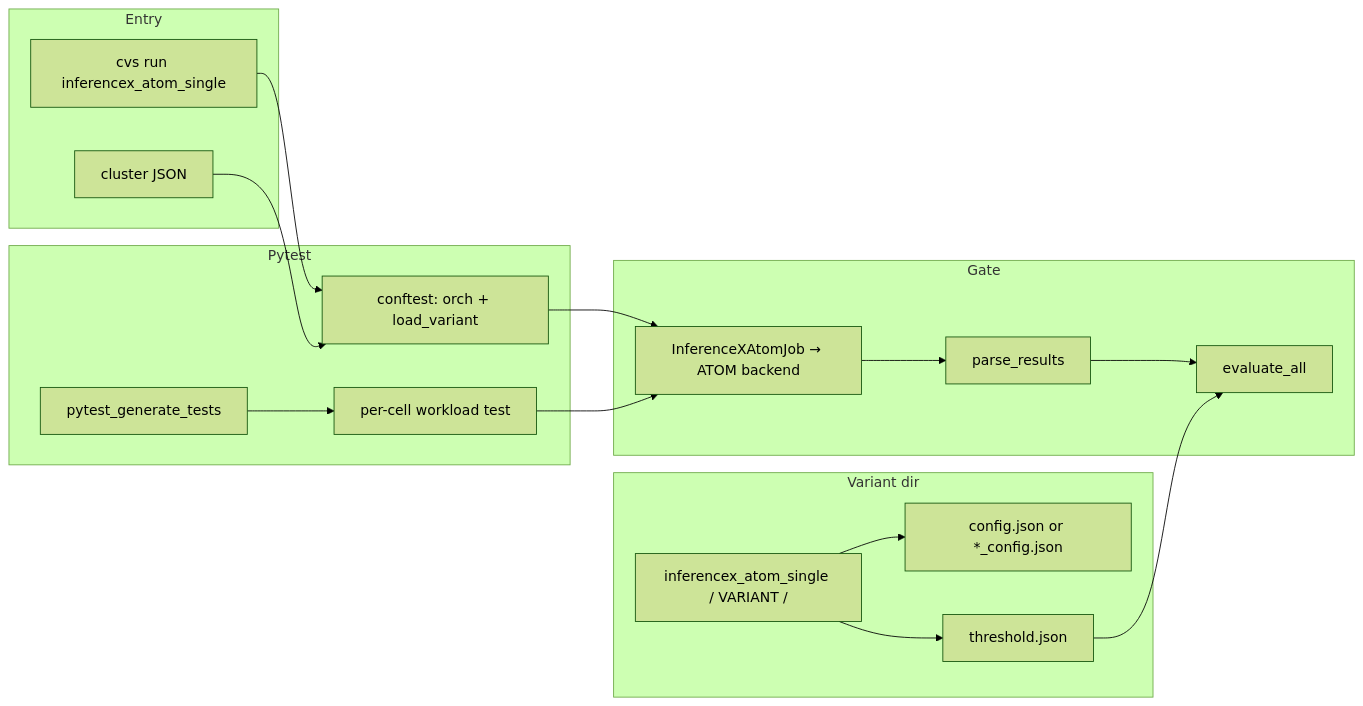
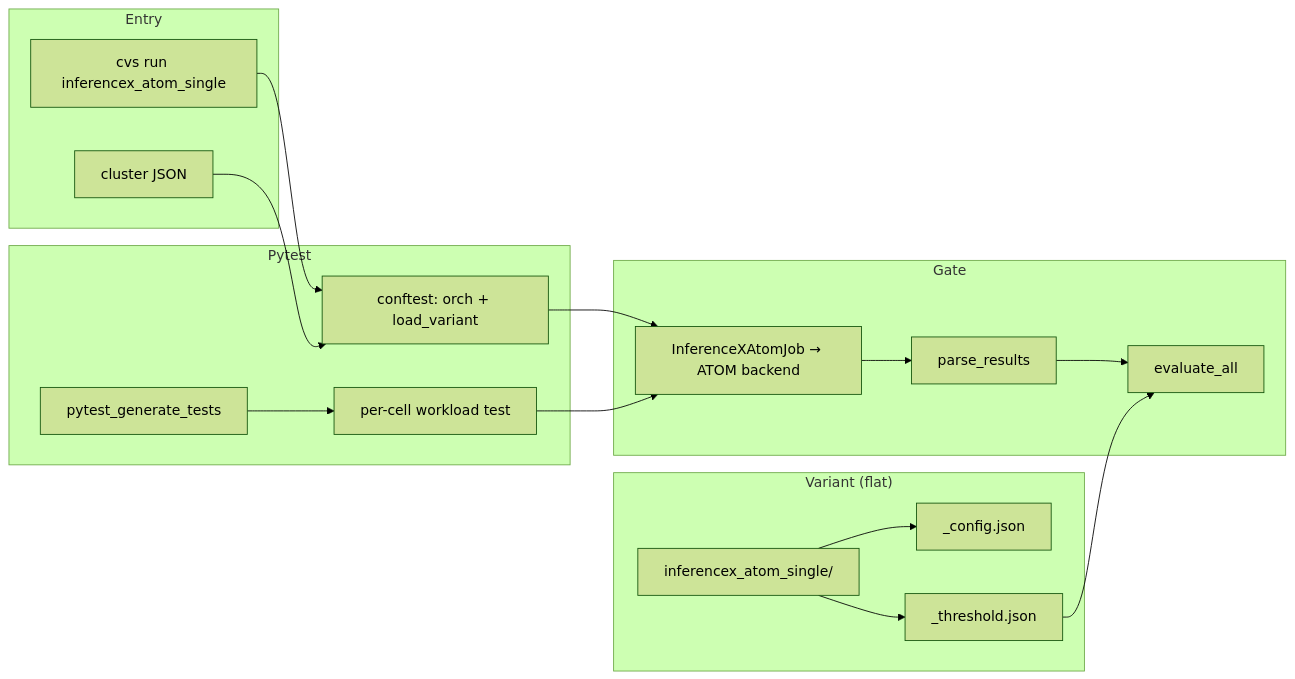
The second of 8 diagrams in plans/inferencex-atom-cvs-automation-plan.md (ROCm/cvs), drawn with Mermaid (forest theme) before and after one commit. The commit also changed other lines of this file and 2 other files, not shown here.

Commit message:
docs(inferencex): update plan and README for flat layout and tiered gates

````diff
--- a/plans/inferencex-atom-cvs-automation-plan.md
+++ b/plans/inferencex-atom-cvs-automation-plan.md
@@ -164,32 +166,32 @@
 ```mermaid
 flowchart LR
   subgraph entry["Entry"]
     CLI["cvs run inferencex_atom_single"]
     CLUSTER["cluster JSON"]
   end
-  subgraph variant["Variant dir"]
-    DIR["inferencex_atom_single / VARIANT /"]
-    CONFIG["config.json or *_config.json"]
-    THRESH["threshold.json"]
+  subgraph variant["Variant (flat)"]
+    DIR["inferencex_atom_single/"]
+    CONFIG["<stem>_config.json"]
+    THRESH["<stem>_threshold.json"]
   end
   subgraph pytest["Pytest"]
     CONFT["conftest: orch + load_variant"]
     GEN["pytest_generate_tests"]
     TEST["per-cell workload test"]
   end
   subgraph gate["Gate"]
     JOB["InferenceXAtomJob → ATOM backend"]
     PARSE["parse_results"]
     EVAL["evaluate_all"]
   end
   CLI --> CONFT
   CLUSTER --> CONFT
   DIR --> CONFIG
   DIR --> THRESH
   CONFT --> JOB
   GEN --> TEST
   TEST --> JOB
   JOB --> PARSE
   PARSE --> EVAL
   THRESH --> EVAL
 ```
````
